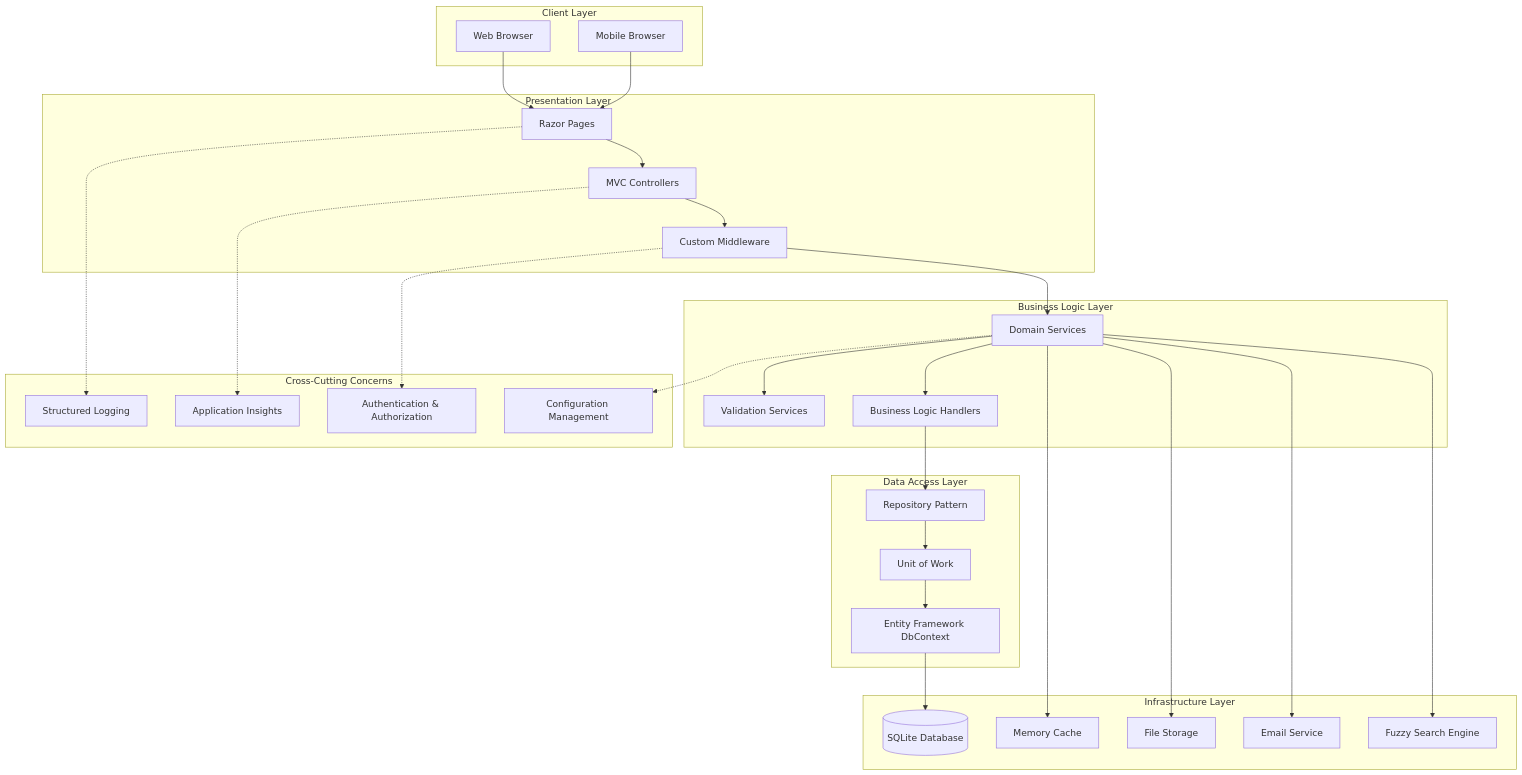
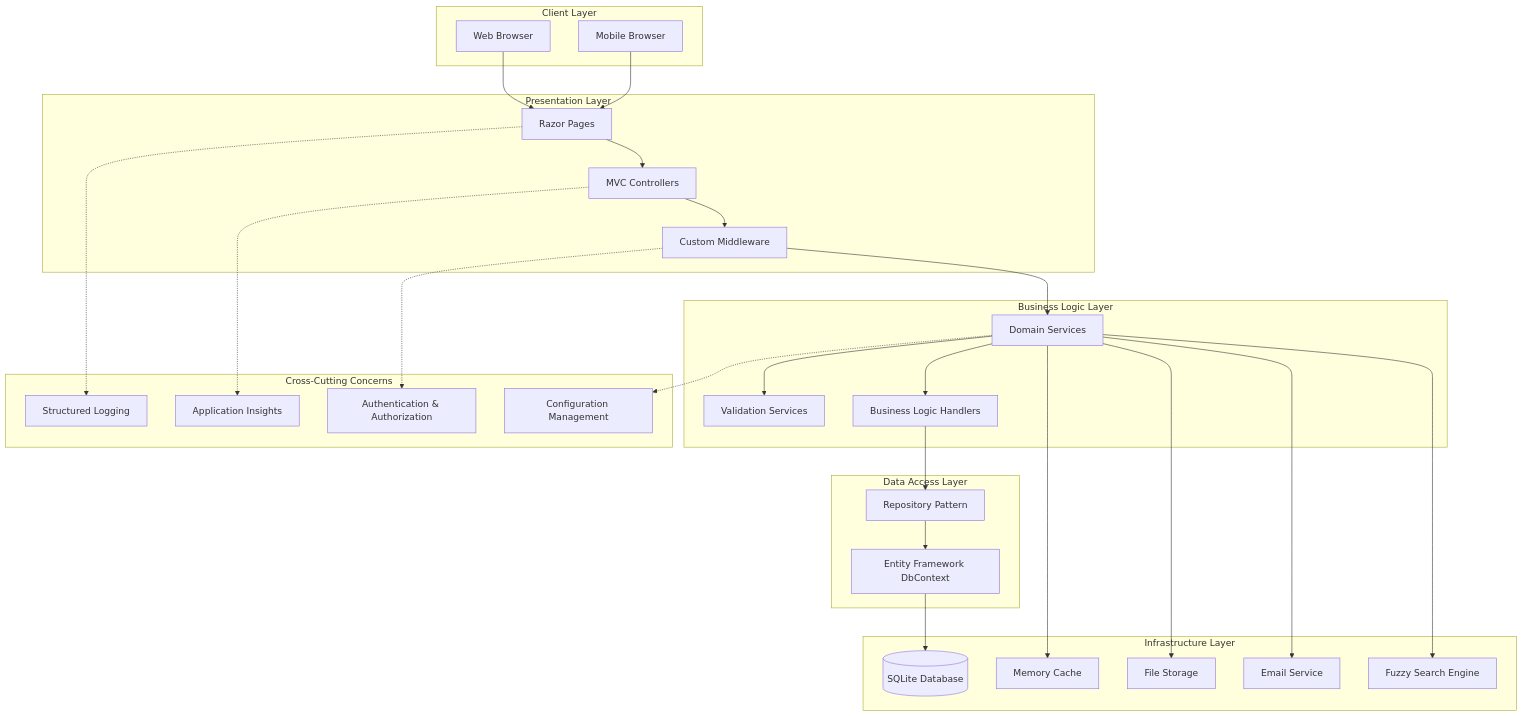
The first of 10 diagrams in docs/ARCHITECTURE.md (KimberlyH-BCIT/StickIt), drawn with Mermaid before and after one commit. The commit also changed 30 other files, not shown here.

````diff
--- a/docs/ARCHITECTURE.md
+++ b/docs/ARCHITECTURE.md
@@ -25,62 +25,60 @@
 ```mermaid
 graph TB
     subgraph "Client Layer"
         Browser[Web Browser]
         Mobile[Mobile Browser]
     end
     
     subgraph "Presentation Layer"
         Pages[Razor Pages]
         Controllers[MVC Controllers]
         Middleware[Custom Middleware]
     end
     
     subgraph "Business Logic Layer"
         Services[Domain Services]
         Validators[Validation Services]
         Handlers[Business Logic Handlers]
     end
     
     subgraph "Data Access Layer"
         Repositories[Repository Pattern]
-        UnitOfWork[Unit of Work]
         DbContext[Entity Framework DbContext]
     end
     
     subgraph "Infrastructure Layer"
         Database[(SQLite Database)]
         Cache[Memory Cache]
         FileSystem[File Storage]
         Email[Email Service]
         Search[Fuzzy Search Engine]
     end
     
     subgraph "Cross-Cutting Concerns"
         Logging[Structured Logging]
         Monitoring[Application Insights]
         Security[Authentication & Authorization]
         Configuration[Configuration Management]
     end
     
     Browser --> Pages
     Mobile --> Pages
     Pages --> Controllers
     Controllers --> Middleware
     Middleware --> Services
     Services --> Validators
     Services --> Handlers
     Handlers --> Repositories
-    Repositories --> UnitOfWork
-    UnitOfWork --> DbContext
+    Repositories --> DbContext
     DbContext --> Database
     
     Services --> Cache
     Services --> FileSystem
     Services --> Email
     Services --> Search
     
     Pages -.-> Logging
     Controllers -.-> Monitoring
     Middleware -.-> Security
     Services -.-> Configuration
 ```
````
